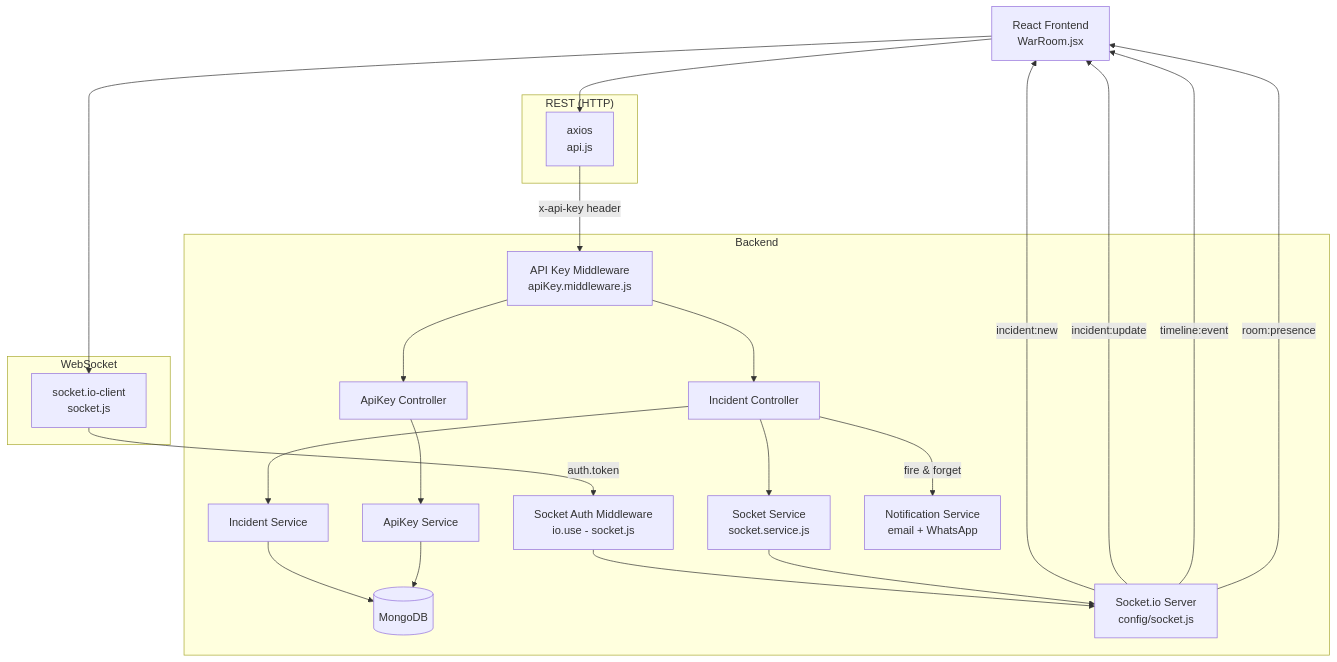
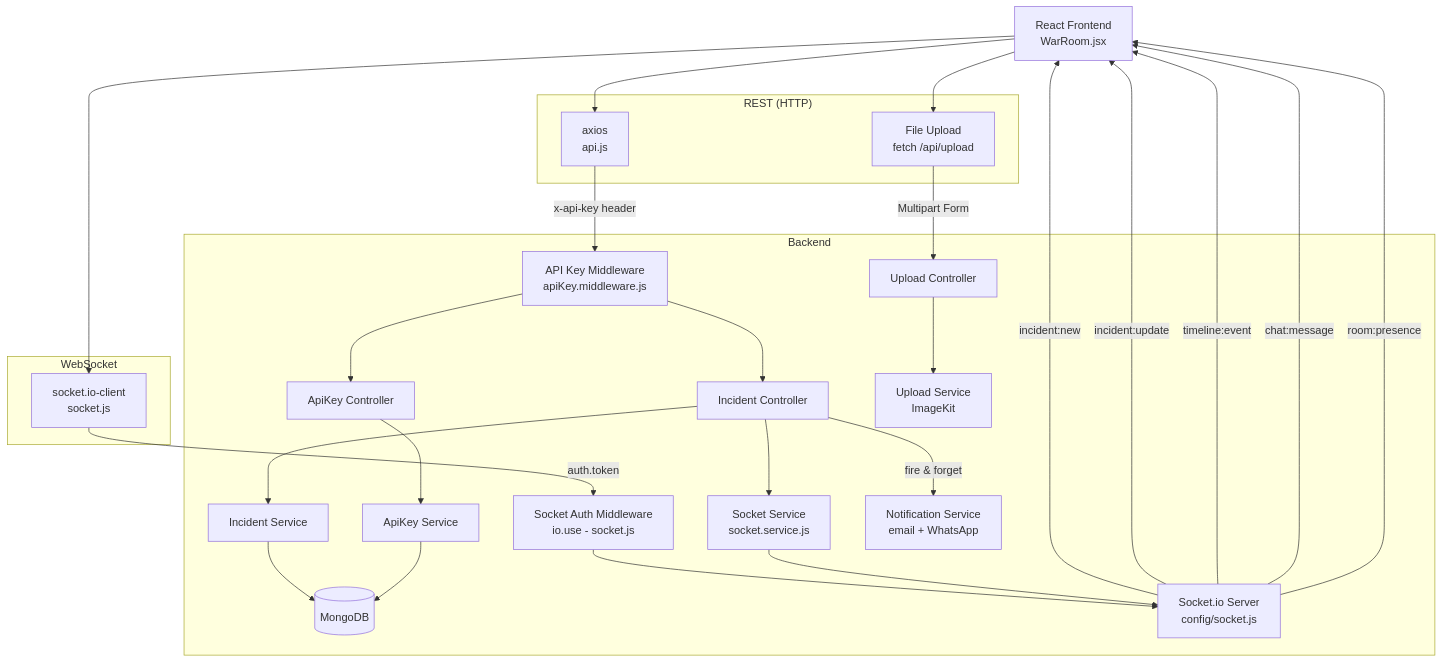
The first of 2 diagrams in AlertForge/Backend/status/MVP_STATUS.md (Soumipal56/AlertForge), drawn with Mermaid before and after one commit. The commit also changed other lines of this file and 6 other files, not shown here.

First line of the commit message:
feat(status): update system status reports and socket flow documentation

````diff
--- a/AlertForge/Backend/status/MVP_STATUS.md
+++ b/AlertForge/Backend/status/MVP_STATUS.md
@@ -69,49 +71,56 @@
 ```mermaid
 flowchart TD
     FE[React Frontend<br/>WarRoom.jsx]
 
     subgraph REST["REST (HTTP)"]
         API[axios<br/>api.js]
+        UF[File Upload<br/>fetch /api/upload]
     end
 
     subgraph WS["WebSocket"]
         SC[socket.io-client<br/>socket.js]
     end
 
     FE --> API
+    FE --> UF
     FE --> SC
 
     subgraph Backend
         MW[API Key Middleware<br/>apiKey.middleware.js]
         SMW[Socket Auth Middleware<br/>io.use - socket.js]
         IC[Incident Controller]
+        UC[Upload Controller]
         AKC[ApiKey Controller]
         SVC[Incident Service]
+        USVC[Upload Service<br/>ImageKit]
         ASVC[ApiKey Service]
         SS[Socket Service<br/>socket.service.js]
         NS[Notification Service<br/>email + WhatsApp]
         DB[(MongoDB)]
         SIOC[Socket.io Server<br/>config/socket.js]
     end
 
     API -->|x-api-key header| MW
+    UF -->|Multipart Form| UC
+    UC --> USVC
     MW --> IC
     MW --> AKC
 
     SC -->|auth.token| SMW
     SMW --> SIOC
 
     IC --> SVC
     SVC --> DB
     IC -->|fire & forget| NS
     IC --> SS
     SS --> SIOC
 
     AKC --> ASVC
     ASVC --> DB
 
     SIOC -->|incident:new| FE
     SIOC -->|incident:update| FE
     SIOC -->|timeline:event| FE
+    SIOC -->|chat:message| FE
     SIOC -->|room:presence| FE
 ```
````
